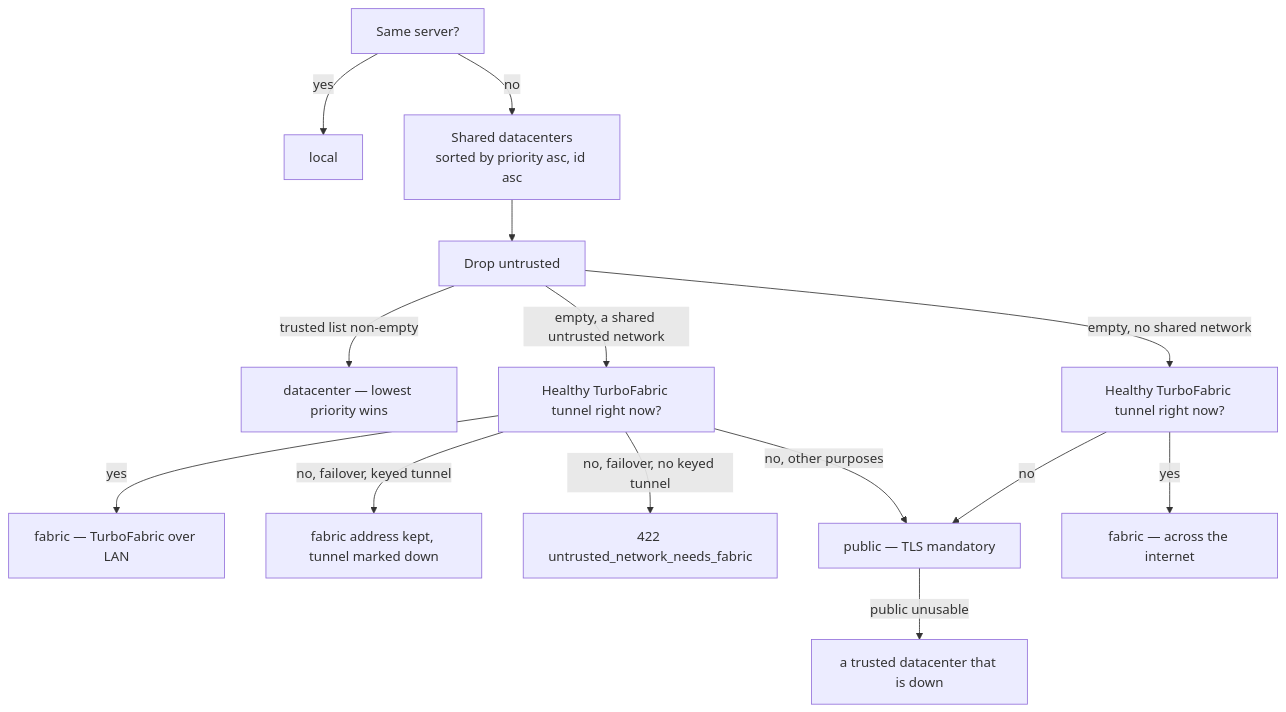
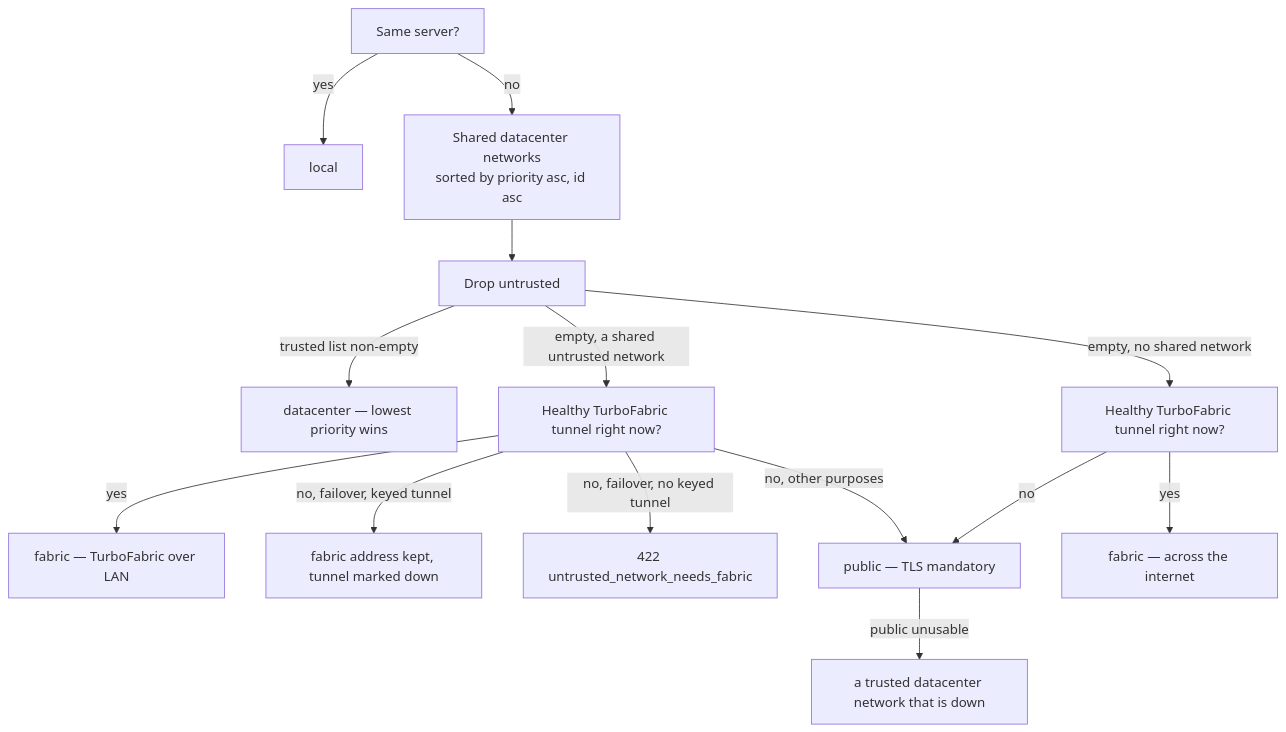
The diagram in docs/architecture/datacenter-networks.mdx (TurboPanel/website), drawn with Mermaid before and after one commit. The commit also changed other lines of this file and 16 other files, not shown here.

First line of the commit message:
docs: rename datacenters to datacenter networks (#271)

````diff
--- a/docs/architecture/datacenter-networks.mdx
+++ b/docs/architecture/datacenter-networks.mdx
@@ -71,16 +71,16 @@
 ```mermaid
 flowchart TD
   A["Same server?"] -->|yes| L["local"]
-  A -->|no| B["Shared datacenters<br/>sorted by priority asc, id asc"]
+  A -->|no| B["Shared datacenter networks<br/>sorted by priority asc, id asc"]
   B --> C["Drop untrusted"]
   C -->|"trusted list non-empty"| D["datacenter — lowest priority wins"]
   C -->|"empty, a shared untrusted network"| F["Healthy TurboFabric tunnel right now?"]
   F -->|yes| G["fabric — TurboFabric over LAN"]
   F -->|"no, failover, keyed tunnel"| K["fabric address kept, tunnel marked down"]
   F -->|"no, failover, no keyed tunnel"| E["422 untrusted_network_needs_fabric"]
   F -->|"no, other purposes"| H["public — TLS mandatory"]
   C -->|"empty, no shared network"| F2["Healthy TurboFabric tunnel right now?"]
   F2 -->|yes| G2["fabric — across the internet"]
   F2 -->|no| H
-  H -->|"public unusable"| I["a trusted datacenter that is down"]
+  H -->|"public unusable"| I["a trusted datacenter network that is down"]
 ```
````
